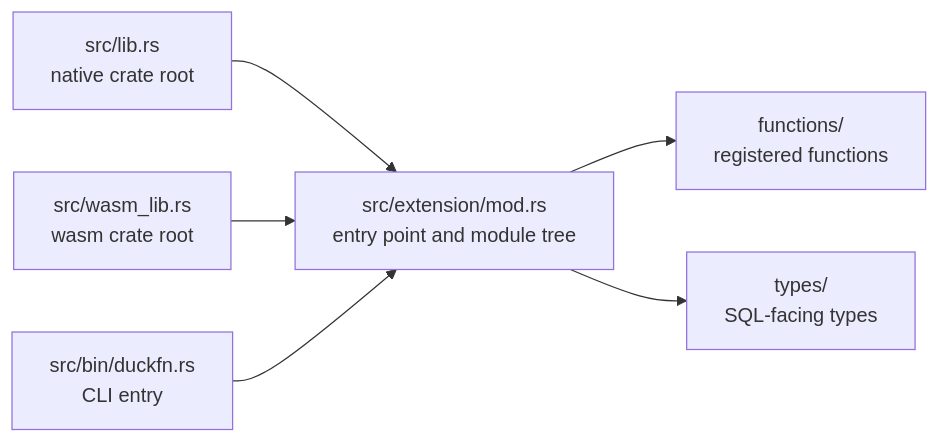
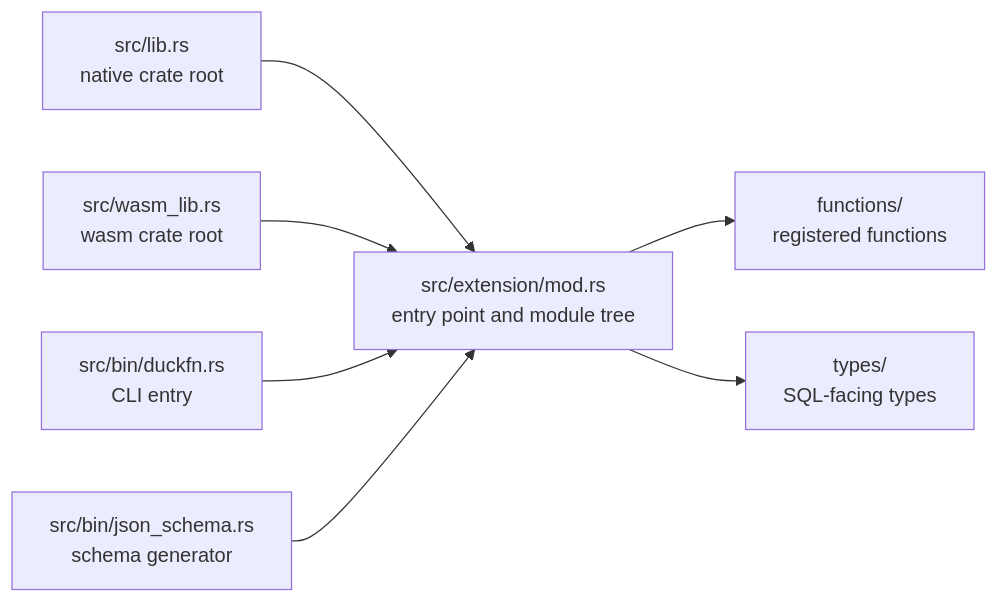
Before and after one commit to shijianjs/duckfn-kuva: the diagram in docs/docs/development/project-structure.md, drawn with Mermaid. The commit also changed other lines of this file and 80 other files, not shown here.

First line of the commit message:
feat(sdk): 程序生成 JSON Schema，真相源是 Rust 类型

````diff
--- a/docs/docs/development/project-structure.md
+++ b/docs/docs/development/project-structure.md
@@ -49,8 +52,9 @@
 ```mermaid
 flowchart LR
     native["src/lib.rs<br/>native crate root"] --> tree["src/extension/mod.rs<br/>entry point and module tree"]
     wasm["src/wasm_lib.rs<br/>wasm crate root"] --> tree
     cli["src/bin/duckfn.rs<br/>CLI entry"] --> tree
+    schema["src/bin/json_schema.rs<br/>schema generator"] --> tree
     tree --> functions["functions/<br/>registered functions"]
     tree --> types["types/<br/>SQL-facing types"]
 ```
````
